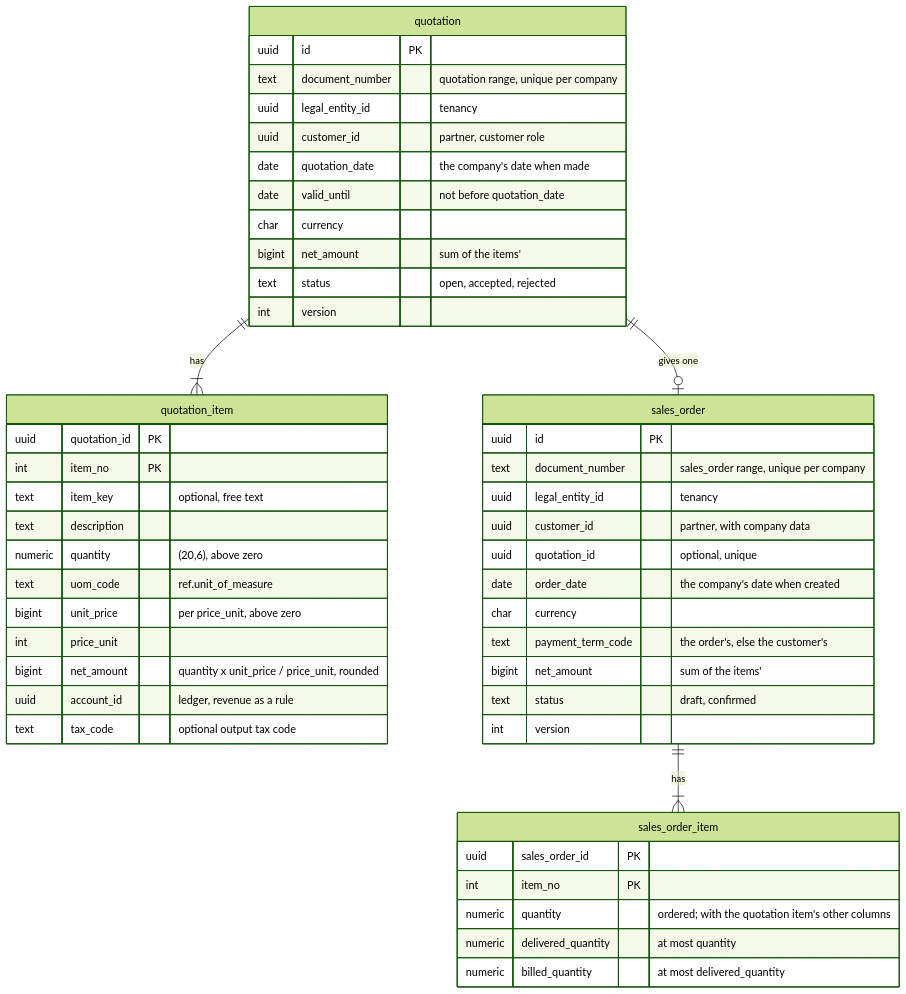
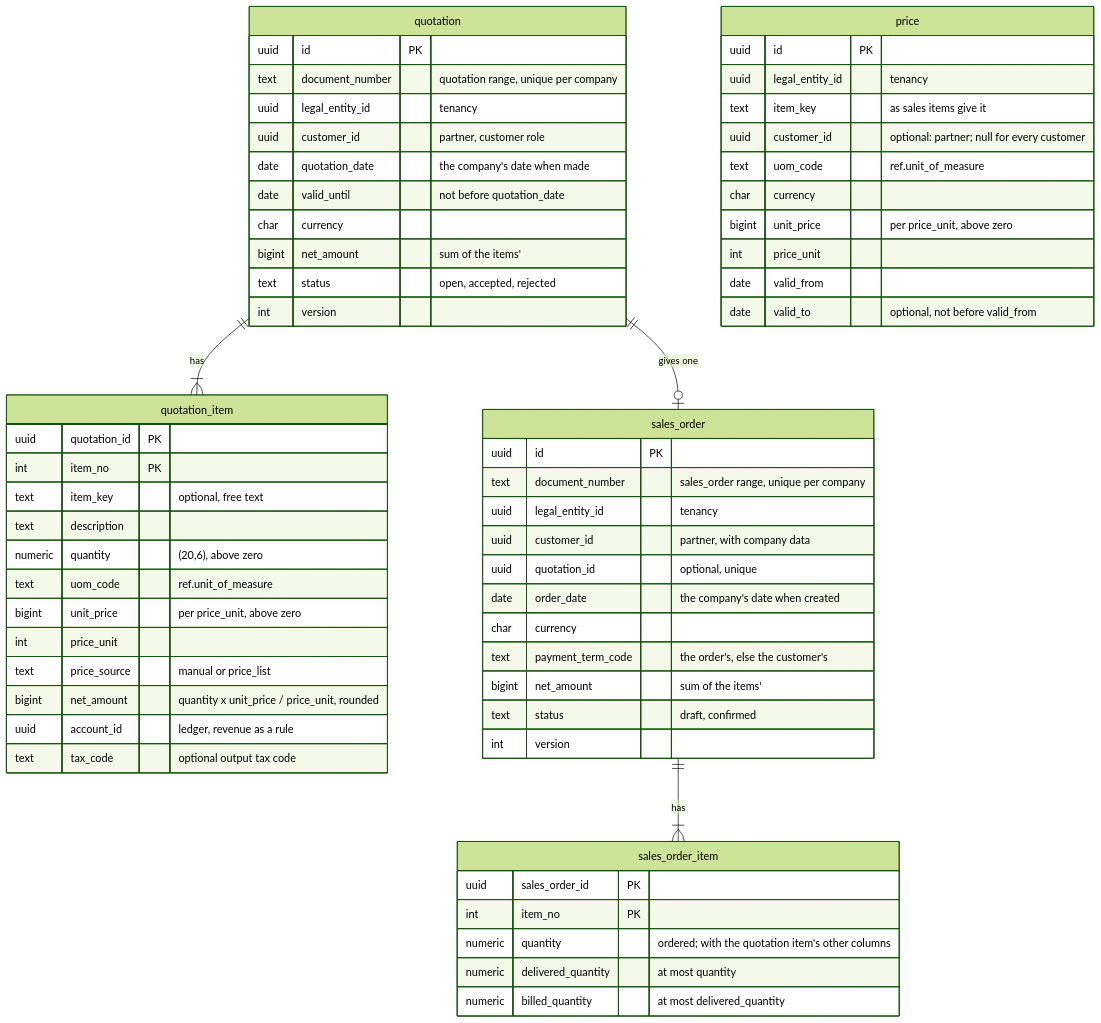
One commit to mustie7iy/agentic-erp changed diagram 16 of 16 in docs/design/03-data-model.md. Above: the diagram before and after it, drawn with Mermaid (forest theme). The commit also changed other lines of this file and 43 other files, not shown here.

````diff
--- a/docs/design/03-data-model.md
+++ b/docs/design/03-data-model.md
@@ -4246,47 +4247,59 @@
 ```mermaid
 erDiagram
   quotation ||--|{ quotation_item : "has"
   quotation { uuid id PK
     text document_number "quotation range, unique per company"
     uuid legal_entity_id "tenancy"
     uuid customer_id "partner, customer role"
     date quotation_date "the company's date when made"
     date valid_until "not before quotation_date"
     char currency
     bigint net_amount "sum of the items'"
     text status "open, accepted, rejected"
     int version
   }
   quotation_item { uuid quotation_id PK
     int item_no PK
     text item_key "optional, free text"
     text description
     numeric quantity "(20,6), above zero"
     text uom_code "ref.unit_of_measure"
     bigint unit_price "per price_unit, above zero"
     int price_unit
+    text price_source "manual or price_list"
     bigint net_amount "quantity x unit_price / price_unit, rounded"
     uuid account_id "ledger, revenue as a rule"
     text tax_code "optional output tax code"
   }
   quotation ||--o| sales_order : "gives one"
   sales_order ||--|{ sales_order_item : "has"
   sales_order { uuid id PK
     text document_number "sales_order range, unique per company"
     uuid legal_entity_id "tenancy"
     uuid customer_id "partner, with company data"
     uuid quotation_id "optional, unique"
     date order_date "the company's date when created"
     char currency
     text payment_term_code "the order's, else the customer's"
     bigint net_amount "sum of the items'"
     text status "draft, confirmed"
     int version
   }
   sales_order_item { uuid sales_order_id PK
     int item_no PK
     numeric quantity "ordered; with the quotation item's other columns"
     numeric delivered_quantity "at most quantity"
     numeric billed_quantity "at most delivered_quantity"
   }
+  price { uuid id PK
+    uuid legal_entity_id "tenancy"
+    text item_key "as sales items give it"
+    uuid customer_id "optional: partner; null for every customer"
+    text uom_code "ref.unit_of_measure"
+    char currency
+    bigint unit_price "per price_unit, above zero"
+    int price_unit
+    date valid_from
+    date valid_to "optional, not before valid_from"
+  }
 ```
````
